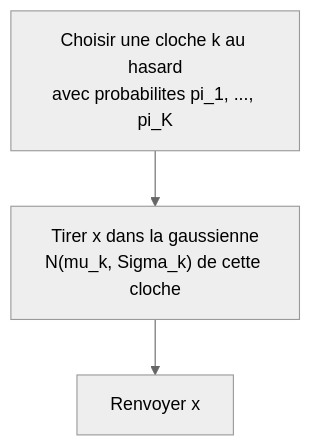
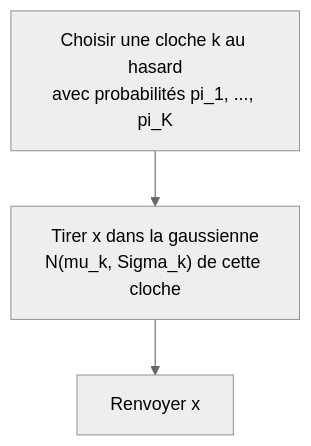
The first of 5 diagrams in chapitres/11-melanges-gaussiens.md (tanguychenier/Mathematiques-pour-le-Machine-Learning), drawn with Mermaid (neutral theme) before and after one commit. The commit also changed other lines of this file and 7 other files, not shown here.

````diff
--- a/chapitres/11-melanges-gaussiens.md
+++ b/chapitres/11-melanges-gaussiens.md
@@ -135,5 +135,5 @@
 ```mermaid
 flowchart TD
-    A["Choisir une cloche k au hasard<br/>avec probabilites pi_1, ..., pi_K"] --> B["Tirer x dans la gaussienne<br/>N(mu_k, Sigma_k) de cette cloche"]
+    A["Choisir une cloche k au hasard<br/>avec probabilités pi_1, ..., pi_K"] --> B["Tirer x dans la gaussienne<br/>N(mu_k, Sigma_k) de cette cloche"]
     B --> C["Renvoyer x"]
 ```
````
